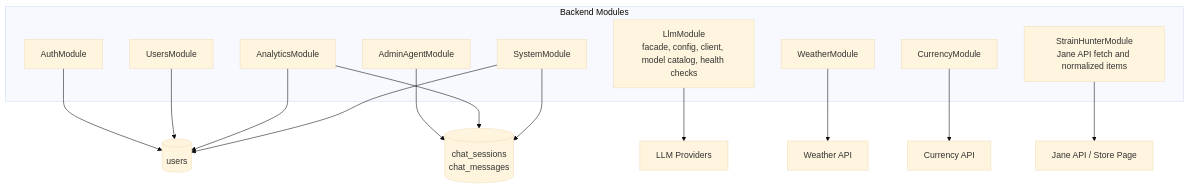
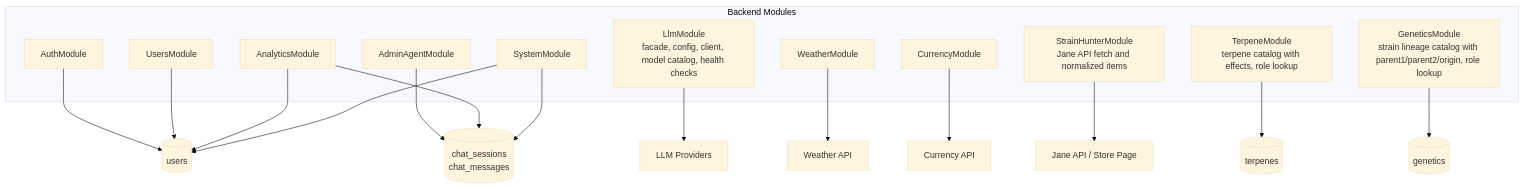
One commit to Poratt/Agentic-Agent changed the fifth of 7 diagrams in documents/architecture-diagram.md. Above: the diagram before and after it, drawn with Mermaid (base theme). The commit also changed other lines of this file and 26 other files, not shown here.

````diff
--- a/documents/architecture-diagram.md
+++ b/documents/architecture-diagram.md
@@ -214,23 +220,27 @@
 ```mermaid
 flowchart TB
   subgraph Modules["Backend Modules"]
     Auth["AuthModule"]
     Users["UsersModule"]
     AdminAgent["AdminAgentModule"]
     LLM["LlmModule\nfacade, config, client, model catalog, health checks"]
     System["SystemModule"]
     Weather["WeatherModule"]
     Analytics["AnalyticsModule"]
     Currency["CurrencyModule"]
     StrainHunter["StrainHunterModule\nJane API fetch and normalized items"]
+    Terpene["TerpeneModule\nterpene catalog with effects, role lookup"]
+    Genetics["GeneticsModule\nstrain lineage catalog with parent1/parent2/origin, role lookup"]
   end
 
   Auth & Users --> UsersDb[(users)]
   AdminAgent --> ChatDb[(chat_sessions\nchat_messages)]
   Analytics --> UsersDb & ChatDb
   System --> UsersDb & ChatDb
   Weather --> WeatherApi[Weather API]
   Currency --> CurrencyApi[Currency API]
   StrainHunter --> JaneApi[Jane API / Store Page]
+  Terpene --> TerpenesDb[(terpenes)]
+  Genetics --> GeneticsDb[(genetics)]
   LLM --> Providers[LLM Providers]
 ```
````
